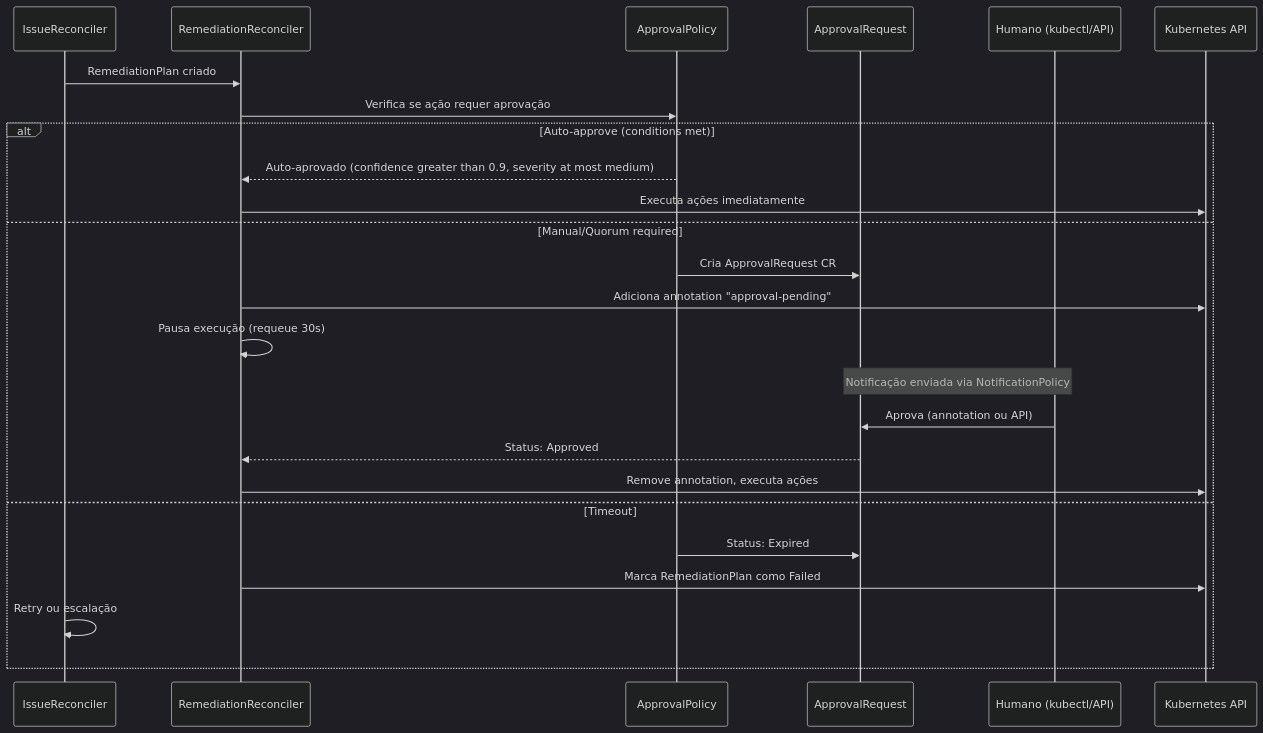
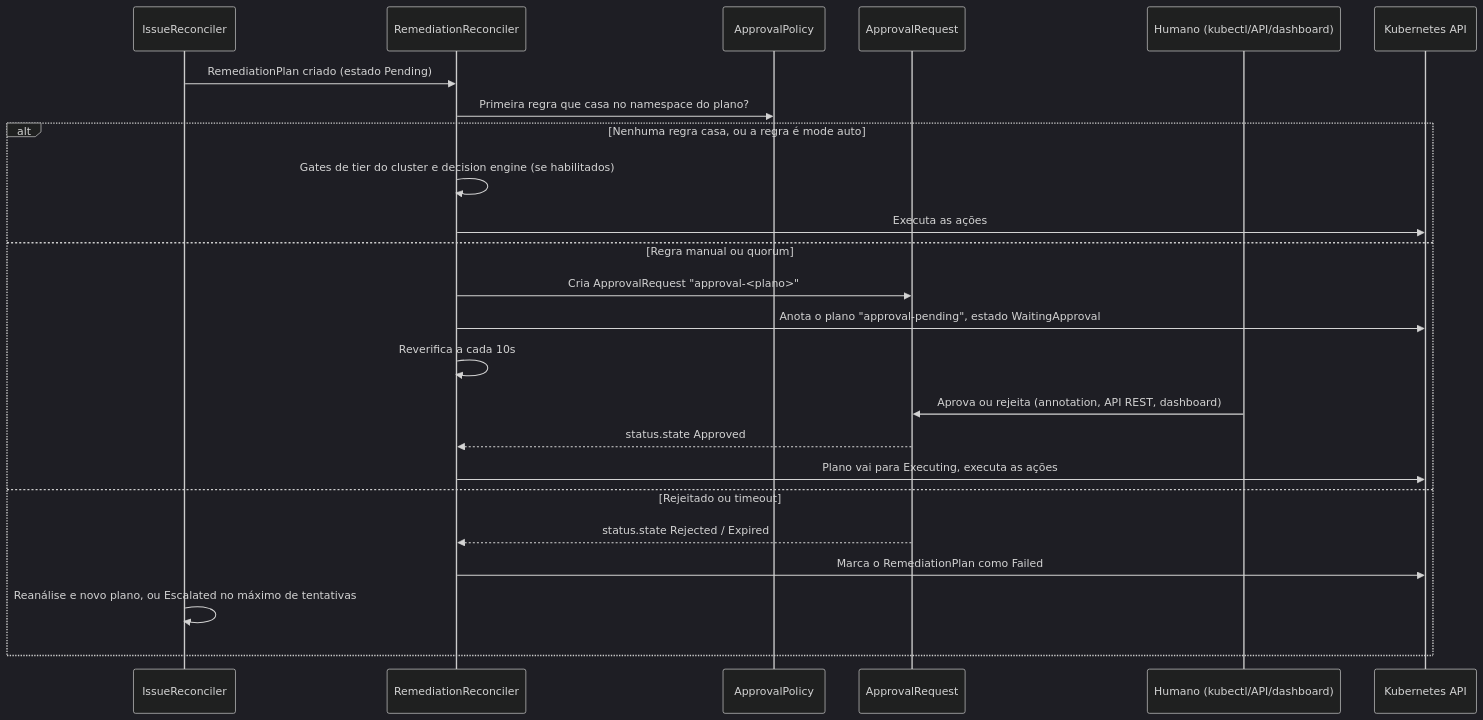
One commit to diillson/chatcli.ai changed the first of 3 diagrams in pt/features/aiops/approval-workflow.mdx. Above: the diagram before and after it, drawn with Mermaid (dark theme). The commit also changed other lines of this file and 126 other files, not shown here.

First line of the commit message:
docs(aiops): align the AIOps pages, REST API reference and OpenAPI spec with the operator code, EN and pt

````diff
--- a/pt/features/aiops/approval-workflow.mdx
+++ b/pt/features/aiops/approval-workflow.mdx
@@ -32,31 +32,29 @@
 ```mermaid
 sequenceDiagram
     participant IR as IssueReconciler
     participant RR as RemediationReconciler
     participant AP as ApprovalPolicy
     participant AR as ApprovalRequest
-    participant H as Humano (kubectl/API)
+    participant H as Humano (kubectl/API/dashboard)
     participant K8s as Kubernetes API
 
-    IR->>RR: RemediationPlan criado
-    RR->>AP: Verifica se ação requer aprovação
+    IR->>RR: RemediationPlan criado (estado Pending)
+    RR->>AP: Primeira regra que casa no namespace do plano?
 
-    alt Auto-approve (conditions met)
-        AP-->>RR: Auto-aprovado (confidence greater than 0.9, severity at most medium)
-        RR->>K8s: Executa ações imediatamente
-    else Manual/Quorum required
-        AP->>AR: Cria ApprovalRequest CR
-        RR->>K8s: Adiciona annotation "approval-pending"
-        RR->>RR: Pausa execução (requeue 30s)
+    alt Nenhuma regra casa, ou a regra é mode auto
+        RR->>RR: Gates de tier do cluster e decision engine (se habilitados)
+        RR->>K8s: Executa as ações
+    else Regra manual ou quorum
+        RR->>AR: Cria ApprovalRequest "approval-<plano>"
+        RR->>K8s: Anota o plano "approval-pending", estado WaitingApproval
+        RR->>RR: Reverifica a cada 10s
 
-        Note over AR,H: Notificação enviada via NotificationPolicy
-
-        H->>AR: Aprova (annotation ou API)
-        AR-->>RR: Status: Approved
-        RR->>K8s: Remove annotation, executa ações
-    else Timeout
-        AP->>AR: Status: Expired
-        RR->>K8s: Marca RemediationPlan como Failed
-        IR->>IR: Retry ou escalação
+        H->>AR: Aprova ou rejeita (annotation, API REST, dashboard)
+        AR-->>RR: status.state Approved
+        RR->>K8s: Plano vai para Executing, executa as ações
+    else Rejeitado ou timeout
+        AR-->>RR: status.state Rejected / Expired
+        RR->>K8s: Marca o RemediationPlan como Failed
+        IR->>IR: Reanálise e novo plano, ou Escalated no máximo de tentativas
     end
 ```
````
